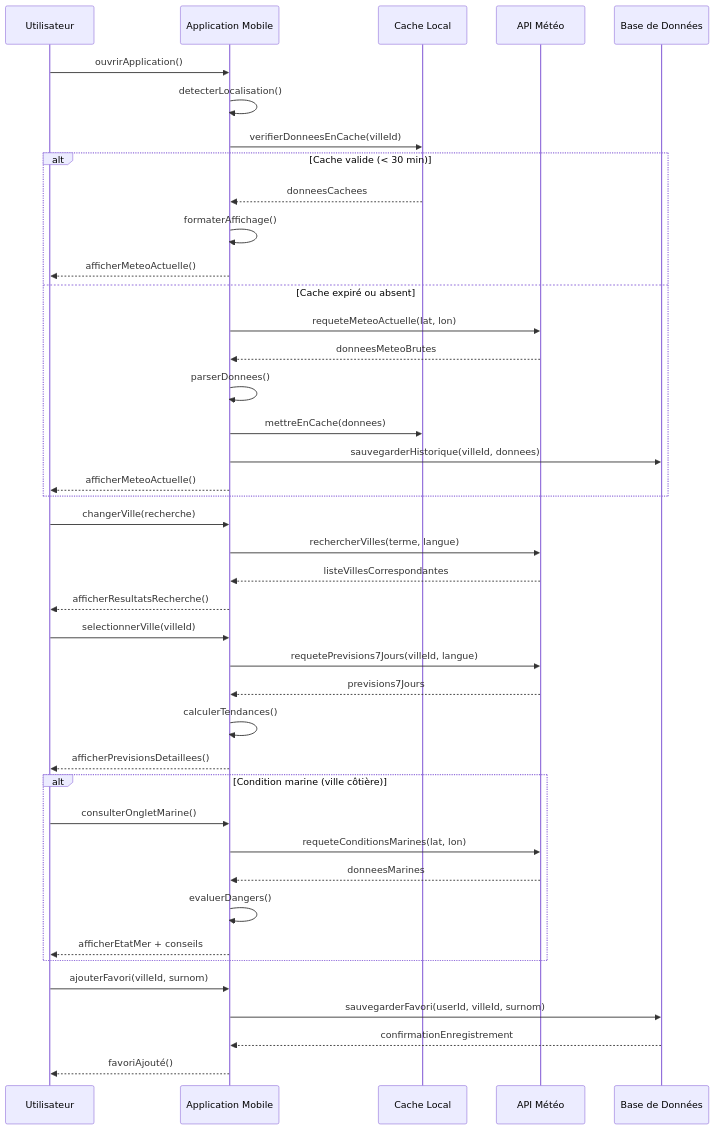
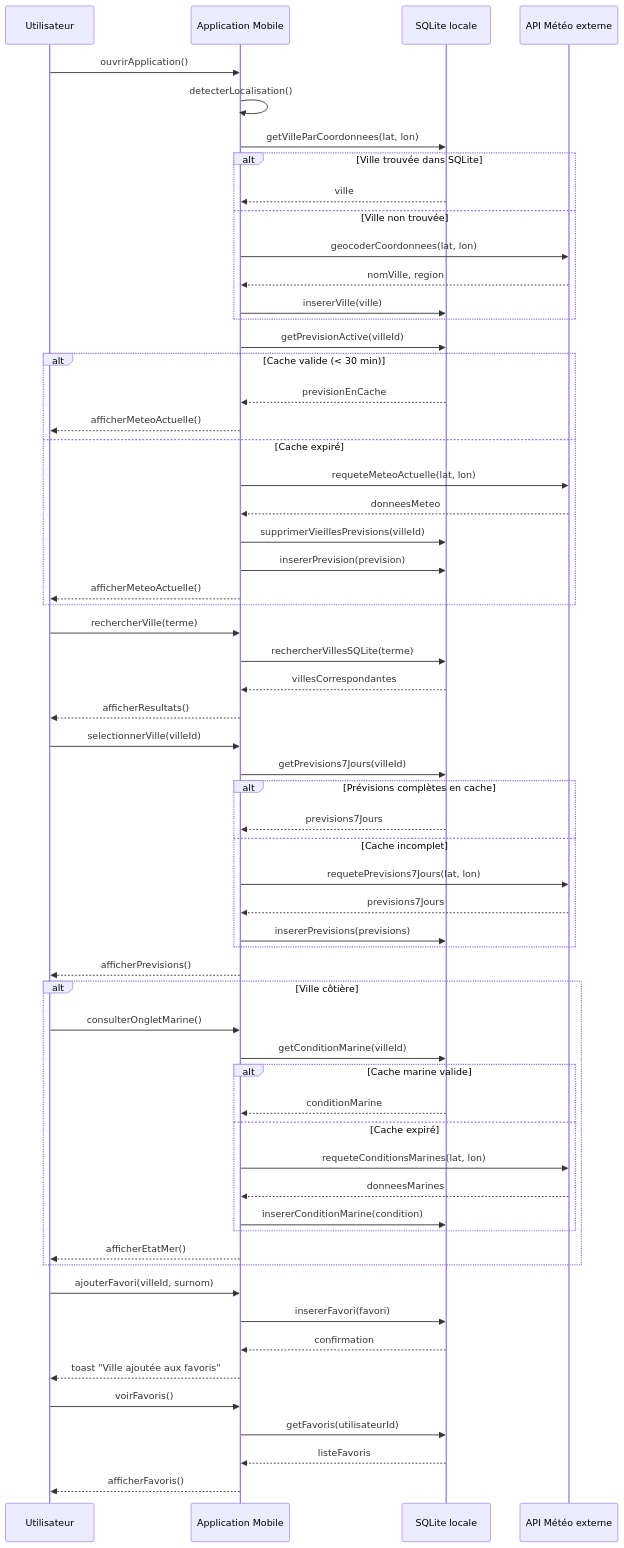
Before and after one commit to djenidisimple/meteoMada: the fifth of 5 diagrams in README.md, drawn with Mermaid. The commit also changed other lines of this file, not shown here.

````diff
--- a/README.md
+++ b/README.md
@@ -335,49 +282,73 @@
 ```mermaid
 sequenceDiagram
     participant User as Utilisateur
     participant App as Application Mobile
-    participant Cache as Cache Local
-    participant API as API Météo
-    participant DB as Base de Données
+    participant DB as SQLite locale
+    participant API as API Météo externe
     
     User->>App: ouvrirApplication()
     App->>App: detecterLocalisation()
-    App->>Cache: verifierDonneesEnCache(villeId)
+    App->>DB: getVilleParCoordonnees(lat, lon)
+    
+    alt Ville trouvée dans SQLite
+        DB-->>App: ville
+    else Ville non trouvée
+        App->>API: geocoderCoordonnees(lat, lon)
+        API-->>App: nomVille, region
+        App->>DB: insererVille(ville)
+    end
+    
+    App->>DB: getPrevisionActive(villeId)
     
     alt Cache valide (< 30 min)
-        Cache-->>App: donneesCachees
-        App->>App: formaterAffichage()
+        DB-->>App: previsionEnCache
         App-->>User: afficherMeteoActuelle()
-    else Cache expiré ou absent
+    else Cache expiré
         App->>API: requeteMeteoActuelle(lat, lon)
-        API-->>App: donneesMeteoBrutes
-        App->>App: parserDonnees()
-        App->>Cache: mettreEnCache(donnees)
-        App->>DB: sauvegarderHistorique(villeId, donnees)
+        API-->>App: donneesMeteo
+        App->>DB: supprimerVieillesPrevisions(villeId)
+        App->>DB: insererPrevision(prevision)
         App-->>User: afficherMeteoActuelle()
     end
     
-    User->>App: changerVille(recherche)
-    App->>API: rechercherVilles(terme, langue)
-    API-->>App: listeVillesCorrespondantes
-    App-->>User: afficherResultatsRecherche()
+    User->>App: rechercherVille(terme)
+    App->>DB: rechercherVillesSQLite(terme)
+    DB-->>App: villesCorrespondantes
+    App-->>User: afficherResultats()
     
     User->>App: selectionnerVille(villeId)
-    App->>API: requetePrevisions7Jours(villeId, langue)
-    API-->>App: previsions7Jours
-    App->>App: calculerTendances()
-    App-->>User: afficherPrevisionsDetaillees()
+    App->>DB: getPrevisions7Jours(villeId)
     
-    alt Condition marine (ville côtière)
+    alt Prévisions complètes en cache
+        DB-->>App: previsions7Jours
+    else Cache incomplet
+        App->>API: requetePrevisions7Jours(lat, lon)
+        API-->>App: previsions7Jours
+        App->>DB: insererPrevisions(previsions)
+    end
+    
+    App-->>User: afficherPrevisions()
+    
+    alt Ville côtière
         User->>App: consulterOngletMarine()
-        App->>API: requeteConditionsMarines(lat, lon)
-        API-->>App: donneesMarines
-        App->>App: evaluerDangers()
-        App-->>User: afficherEtatMer + conseils
+        App->>DB: getConditionMarine(villeId)
+        alt Cache marine valide
+            DB-->>App: conditionMarine
+        else Cache expiré
+            App->>API: requeteConditionsMarines(lat, lon)
+            API-->>App: donneesMarines
+            App->>DB: insererConditionMarine(condition)
+        end
+        App-->>User: afficherEtatMer()
     end
     
     User->>App: ajouterFavori(villeId, surnom)
-    App->>DB: sauvegarderFavori(userId, villeId, surnom)
-    DB-->>App: confirmationEnregistrement
-    App-->>User: favoriAjouté()
+    App->>DB: insererFavori(favori)
+    DB-->>App: confirmation
+    App-->>User: toast "Ville ajoutée aux favoris"
+    
+    User->>App: voirFavoris()
+    App->>DB: getFavoris(utilisateurId)
+    DB-->>App: listeFavoris
+    App-->>User: afficherFavoris()
 ```
````
